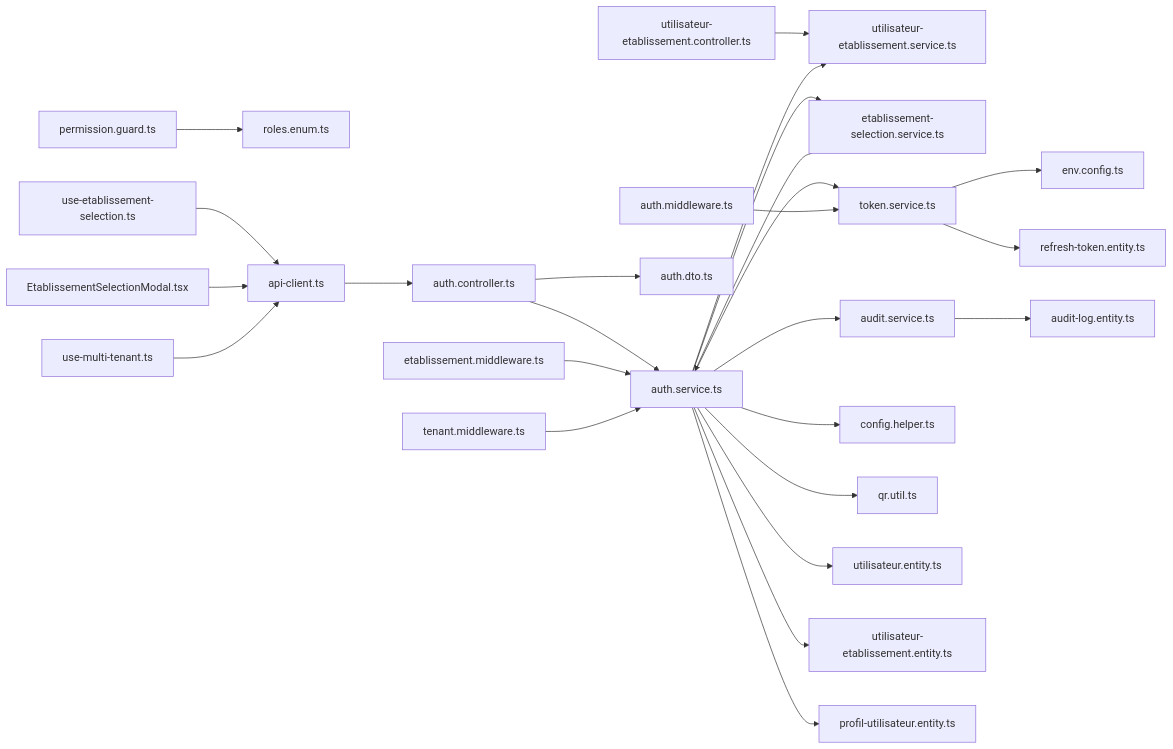
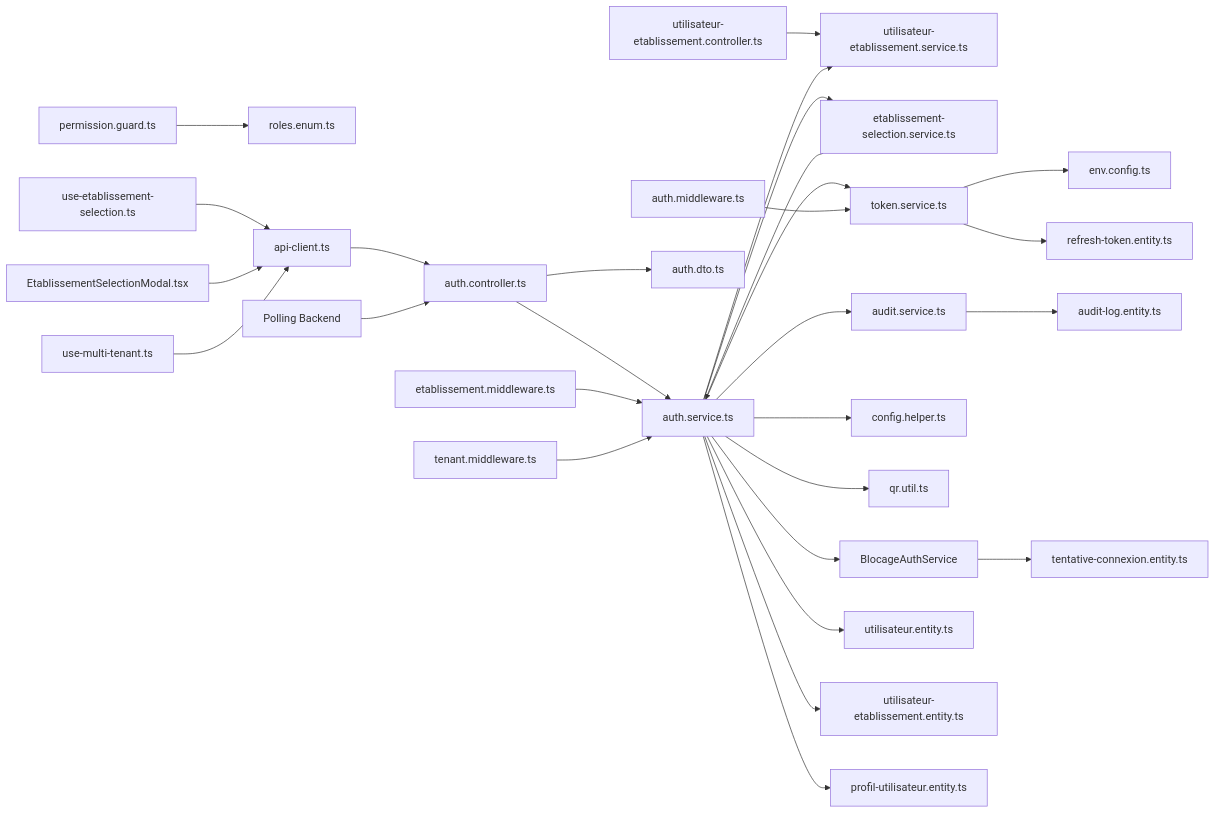
Before and after one commit to franckylab/eLISAschool: diagram 15 of 15 in .qoder/repowiki/en/content/Authentication & Authorization/Authentication Flow.md, drawn with Mermaid. The commit also changed other lines of this file and 66 other files, not shown here.

First line of the commit message:
feat(auth): intégrer système de blocage à deux niveaux et suivi en temps réel

````diff
--- a/.qoder/repowiki/en/content/Authentication & Authorization/Authentication Flow.md
+++ b/.qoder/repowiki/en/content/Authentication & Authorization/Authentication Flow.md
@@ -1163,27 +1499,30 @@
 ```mermaid
 graph LR
 AC["auth.controller.ts"] --> AS["auth.service.ts"]
 UEC["utilisateur-etablissement.controller.ts"] --> UES["utilisateur-etablissement.service.ts"]
 ES["etablissement-selection.service.ts"] --> AS
 AC --> DTO["auth.dto.ts"]
 AS --> TS["token.service.ts"]
 AS --> AUD["audit.service.ts"]
 AS --> CFG["config.helper.ts"]
 AS --> UES
 AS --> ES
 AS --> QRU["qr.util.ts"]
+AS --> BAS["BlocageAuthService"]
+BAS --> TCE["tentative-connexion.entity.ts"]
 EMW["etablissement.middleware.ts"] --> AS
 TS --> ENV["env.config.ts"]
 TS --> RTE["refresh-token.entity.ts"]
 AS --> UE["utilisateur.entity.ts"]
 AS --> UTE["utilisateur-etablissement.entity.ts"]
 AS --> PE["profil-utilisateur.entity.ts"]
 AMW["auth.middleware.ts"] --> TS
 TMW["tenant.middleware.ts"] --> AS
 PG["permission.guard.ts"] --> ROLES["roles.enum.ts"]
 AUD --> ALE["audit-log.entity.ts"]
 API["api-client.ts"] --> AC
 HOOK["use-etablissement-selection.ts"] --> API
 MODAL["EtablissementSelectionModal.tsx"] --> API
 MT["use-multi-tenant.ts"] --> API
+POLL["Polling Backend"] --> AC
 ```
````
